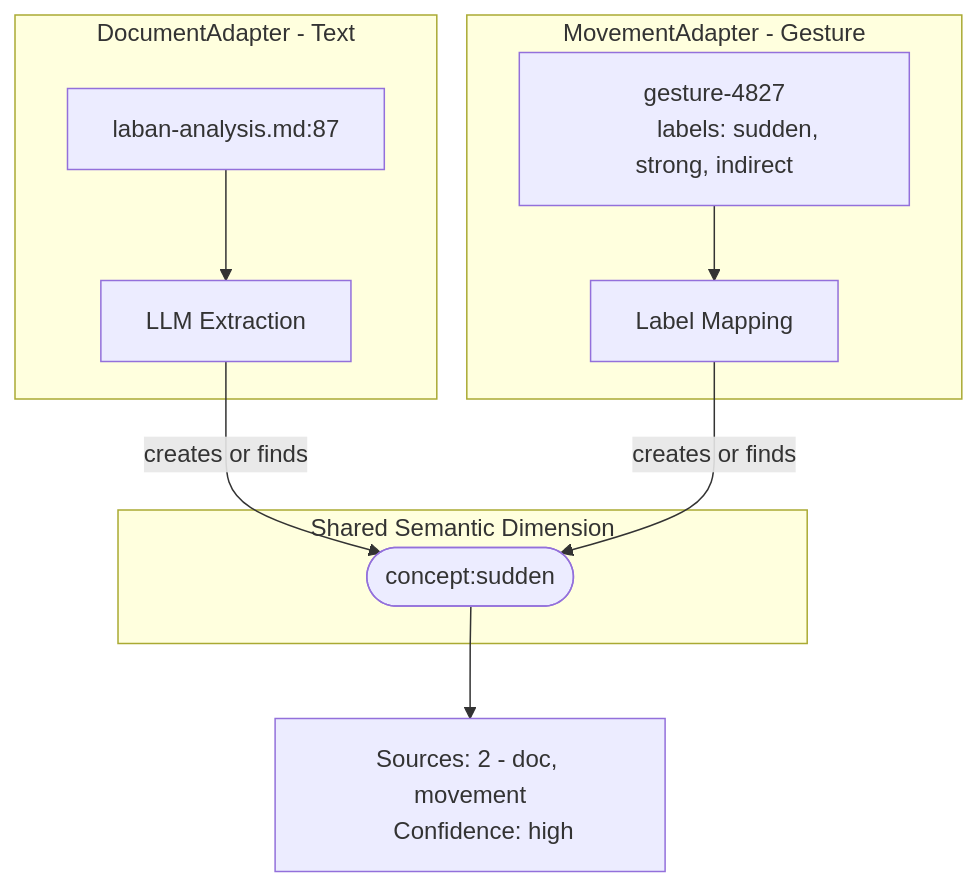
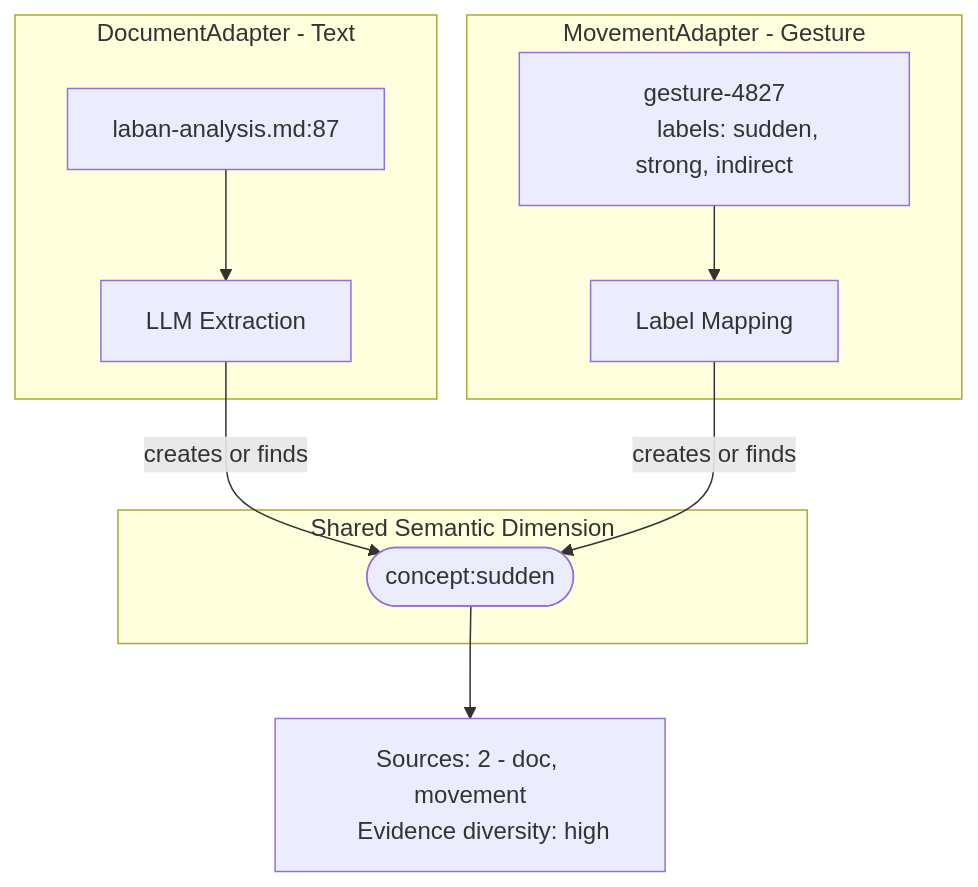
The fifth of 8 diagrams in docs/semantic-adapters.md (nrgforge/plexus), drawn with Mermaid before and after one commit. The commit also changed other lines of this file and 2 other files, not shown here.

````diff
--- a/docs/semantic-adapters.md
+++ b/docs/semantic-adapters.md
@@ -120,22 +120,22 @@
 ```mermaid
 flowchart TB
     subgraph doc_path ["DocumentAdapter - Text"]
         paper["laban-analysis.md:87"] --> llm1["LLM Extraction"]
     end
 
     subgraph move_path ["MovementAdapter - Gesture"]
         gesture["gesture-4827
         labels: sudden, strong, indirect"] --> map1["Label Mapping"]
     end
 
     subgraph shared ["Shared Semantic Dimension"]
         concept_sudden(["concept:sudden"])
     end
 
     llm1 -->|"creates or finds"| concept_sudden
     map1 -->|"creates or finds"| concept_sudden
 
     concept_sudden --> result["Sources: 2 - doc, movement
-    Confidence: high"]
+    Evidence diversity: high"]
 
 ```
````
